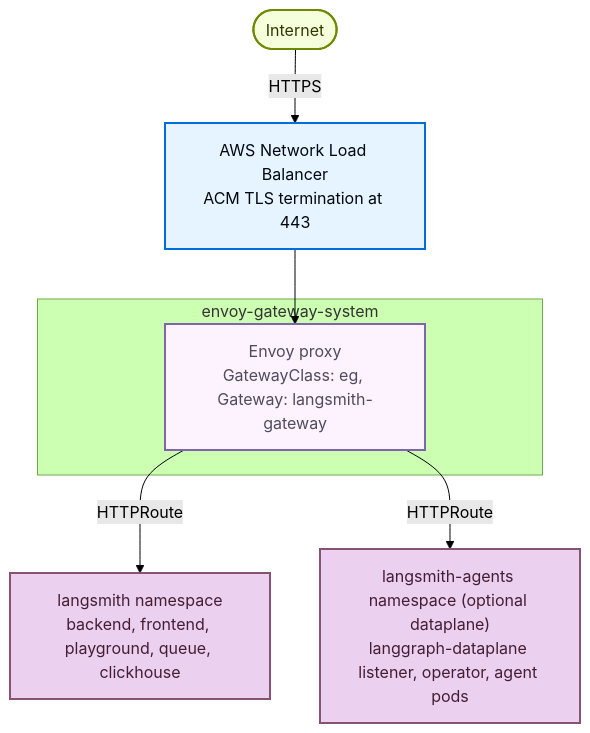
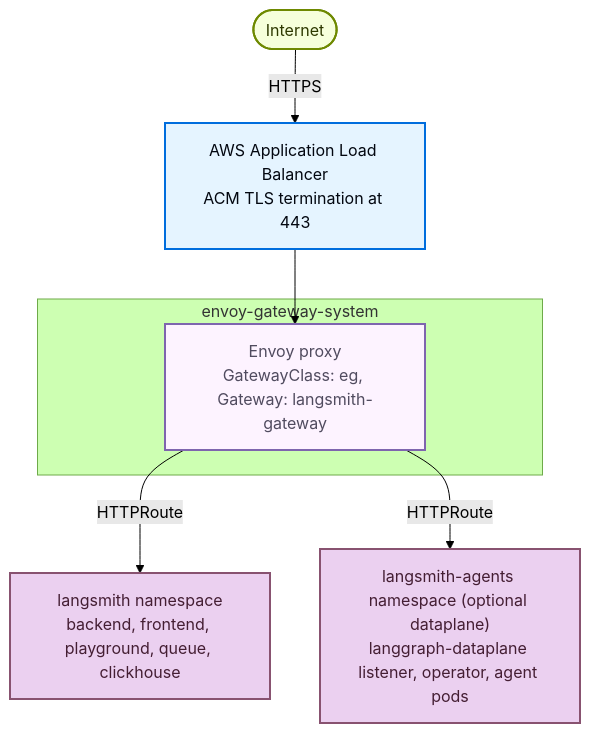
Before and after one commit to langchain-ai/docs: the second of 2 diagrams in src/langsmith/self-host-terraform-aws-architecture.mdx, drawn with Mermaid (forest theme). The commit also changed other lines of this file and 4 other files, not shown here.

````diff
--- a/src/langsmith/self-host-terraform-aws-architecture.mdx
+++ b/src/langsmith/self-host-terraform-aws-architecture.mdx
@@ -172,27 +196,27 @@
 ```mermaid actions={false}
 graph TD
     Internet(["Internet"])
-    NLB["AWS Network Load Balancer<br/>ACM TLS termination at 443"]
+    ALB["AWS Application Load Balancer<br/>ACM TLS termination at 443"]
 
     subgraph EGS["envoy-gateway-system"]
         Envoy["Envoy proxy<br/>GatewayClass: eg, Gateway: langsmith-gateway"]
     end
 
     LangSmith["langsmith namespace<br/>backend, frontend, playground, queue, clickhouse"]
     Agents["langsmith-agents namespace (optional dataplane)<br/>langgraph-dataplane listener, operator, agent pods"]
 
-    Internet -->|HTTPS| NLB
-    NLB --> Envoy
+    Internet -->|HTTPS| ALB
+    ALB --> Envoy
     Envoy -->|HTTPRoute| LangSmith
     Envoy -->|HTTPRoute| Agents
 
     classDef trigger fill:#F6FFDB,stroke:#6E8900,stroke-width:2px,color:#2E3900
     classDef process fill:#E5F4FF,stroke:#006DDD,stroke-width:2px,color:#030710
     classDef decision fill:#FDF3FF,stroke:#7E65AE,stroke-width:2px,color:#504B5F
     classDef output fill:#EBD0F0,stroke:#885270,stroke-width:2px,color:#441E33
 
     class Internet trigger
-    class NLB process
+    class ALB process
     class Envoy decision
     class LangSmith,Agents output
 ```
````
